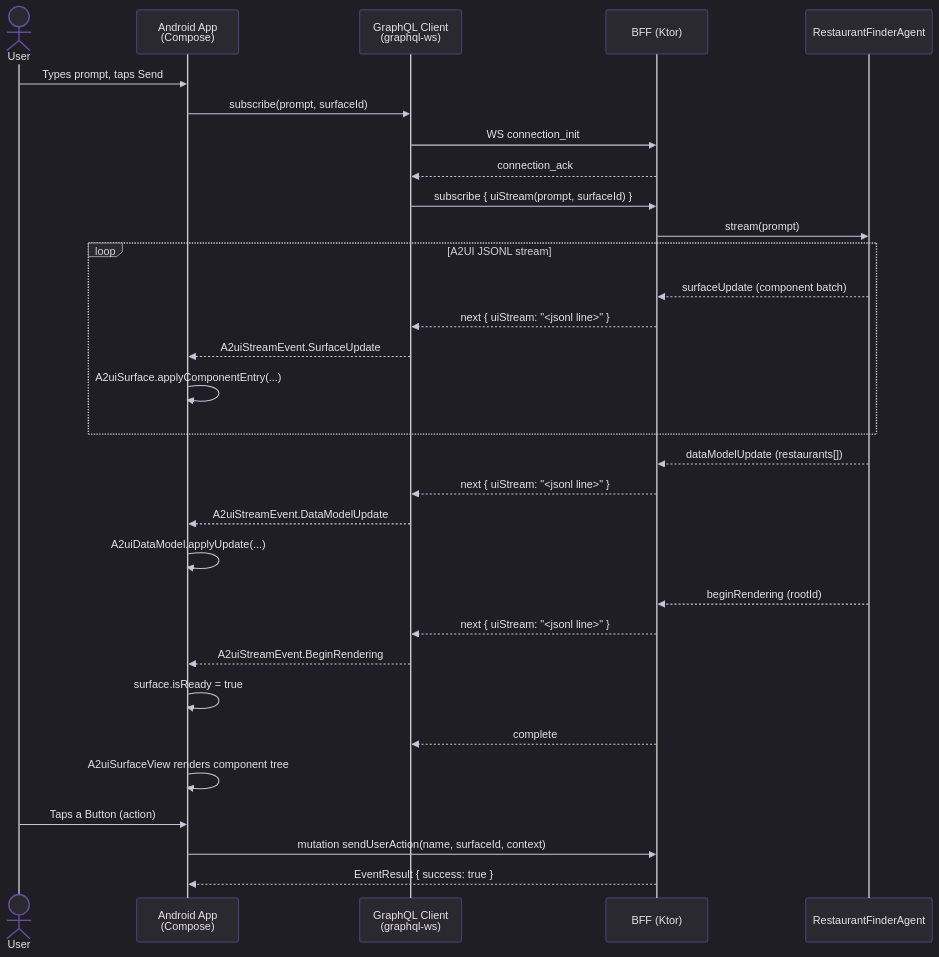
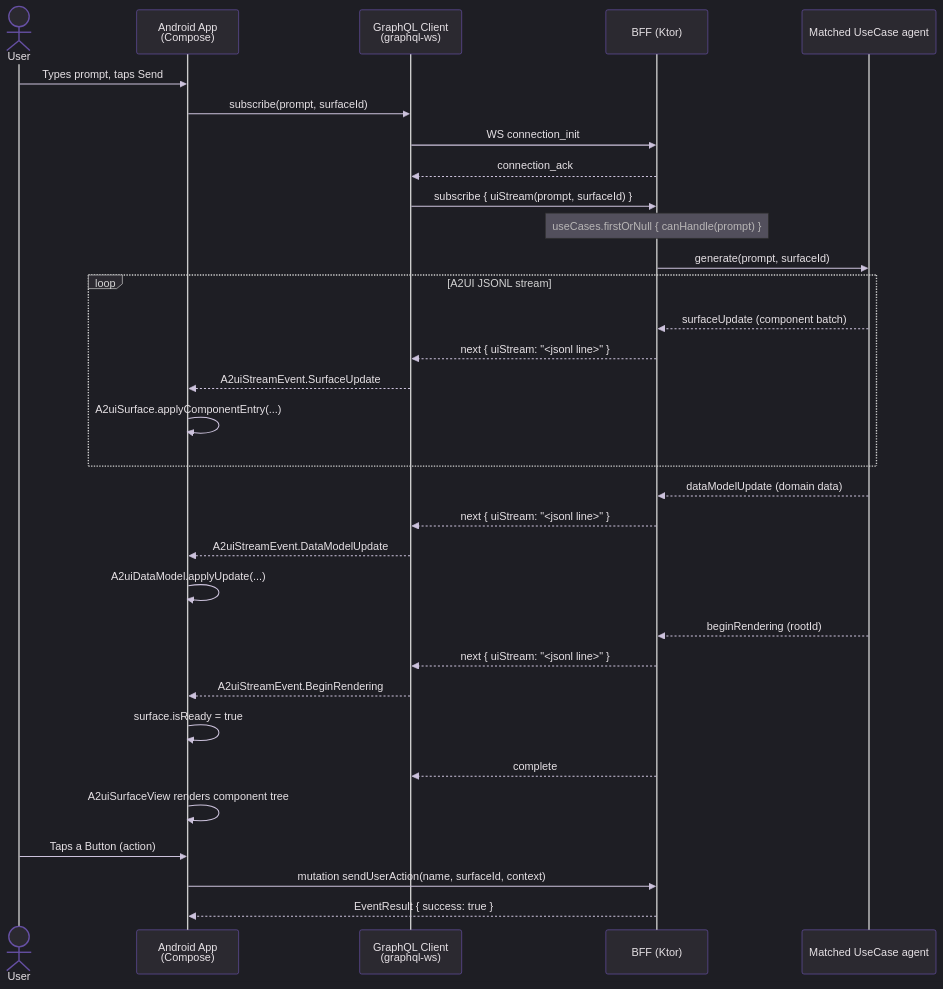
Before and after one commit to dgurnick/a2ui-exploration: the diagram in README.md, drawn with Mermaid. The commit also changed other lines of this file and 42 other files, not shown here.

First line of the commit message:
Add banking use-cases, FallbackAgent, MapWidget, and update README

````diff
--- a/README.md
+++ b/README.md
@@ -24,43 +24,44 @@
 ```mermaid
 %%{init: {'theme': 'dark', 'themeVariables': {'primaryColor': '#6650A4', 'primaryTextColor': '#E6E1E5', 'primaryBorderColor': '#CCC2DC', 'lineColor': '#CCC2DC', 'secondaryColor': '#1C1B1F', 'tertiaryColor': '#2B2930', 'background': '#1C1B1F', 'mainBkg': '#2B2930', 'nodeBorder': '#625B71', 'clusterBkg': '#2B2930', 'titleColor': '#E6E1E5', 'edgeLabelBackground': '#2B2930', 'actorBkg': '#2B2930', 'actorBorder': '#6650A4', 'actorTextColor': '#E6E1E5', 'activationBkgColor': '#6650A4', 'activationBorderColor': '#CCC2DC', 'signalColor': '#CCC2DC', 'signalTextColor': '#E6E1E5'}}}%%
 sequenceDiagram
     actor User
     participant App   as Android App<br/>(Compose)
     participant GQL   as GraphQL Client<br/>(graphql-ws)
     participant BFF   as BFF (Ktor)
-    participant Agent as RestaurantFinderAgent
+    participant Agent as Matched UseCase agent
 
     User->>App: Types prompt, taps Send
 
     App->>GQL: subscribe(prompt, surfaceId)
     GQL->>BFF: WS connection_init
     BFF-->>GQL: connection_ack
 
     GQL->>BFF: subscribe { uiStream(prompt, surfaceId) }
 
-    BFF->>Agent: stream(prompt)
+    Note over BFF: useCases.firstOrNull { canHandle(prompt) }
+    BFF->>Agent: generate(prompt, surfaceId)
 
     loop A2UI JSONL stream
         Agent-->>BFF: surfaceUpdate (component batch)
         BFF-->>GQL: next { uiStream: "<jsonl line>" }
         GQL-->>App: A2uiStreamEvent.SurfaceUpdate
         App->>App: A2uiSurface.applyComponentEntry(...)
     end
 
-    Agent-->>BFF: dataModelUpdate (restaurants[])
+    Agent-->>BFF: dataModelUpdate (domain data)
     BFF-->>GQL: next { uiStream: "<jsonl line>" }
     GQL-->>App: A2uiStreamEvent.DataModelUpdate
     App->>App: A2uiDataModel.applyUpdate(...)
 
     Agent-->>BFF: beginRendering (rootId)
     BFF-->>GQL: next { uiStream: "<jsonl line>" }
     GQL-->>App: A2uiStreamEvent.BeginRendering
     App->>App: surface.isReady = true
 
     BFF-->>GQL: complete
     App->>App: A2uiSurfaceView renders component tree
 
     User->>App: Taps a Button (action)
     App->>BFF: mutation sendUserAction(name, surfaceId, context)
     BFF-->>App: EventResult { success: true }
 ```
````
